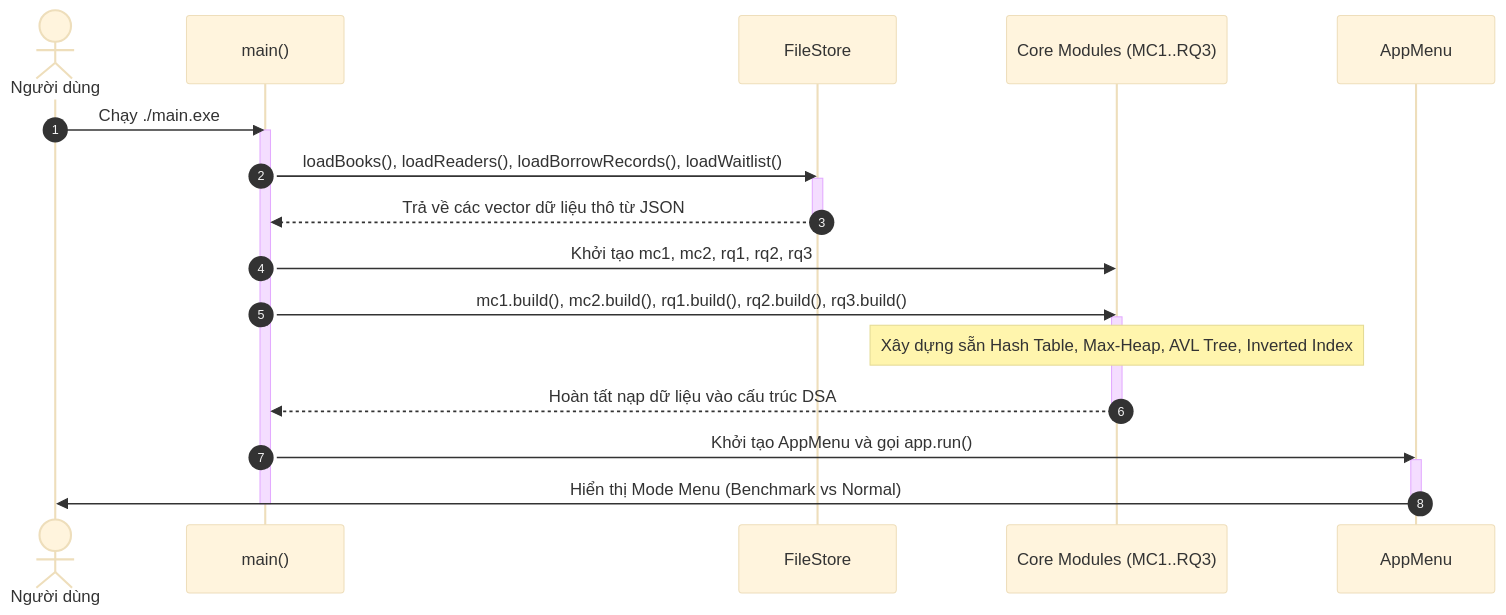
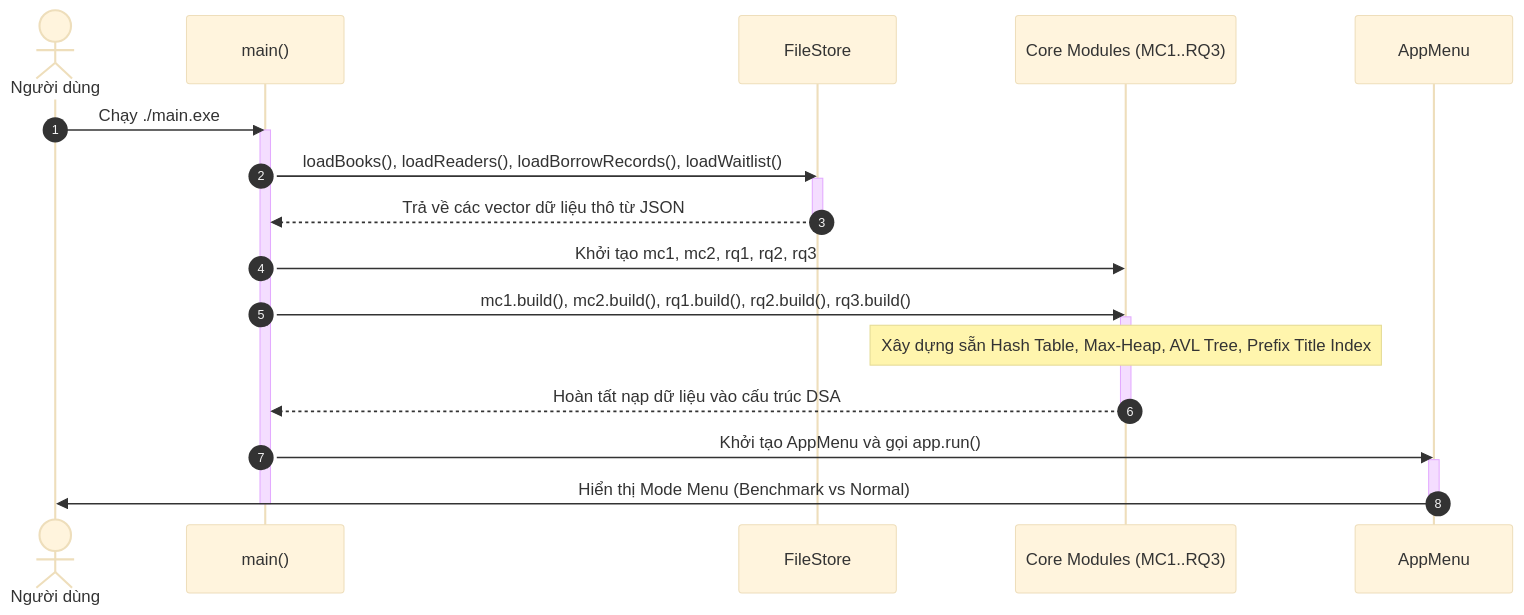
The first of 3 diagrams in README.md (lTuyetNhi/DSA_Project_final), drawn with Mermaid (base theme) before and after one commit. The commit also changed other lines of this file and 49 other files, not shown here.

````diff
--- a/README.md
+++ b/README.md
@@ -142,29 +142,29 @@
 ```mermaid
 sequenceDiagram
     autonumber
     actor User as Người dùng
     participant Main as main()
     participant FS as FileStore
     participant Core as Core Modules (MC1..RQ3)
     participant Menu as AppMenu
 
     User->>Main: Chạy ./main.exe
     activate Main
     Main->>FS: loadBooks(), loadReaders(), loadBorrowRecords(), loadWaitlist()
     activate FS
     FS-->>Main: Trả về các vector dữ liệu thô từ JSON
     deactivate FS
 
     Main->>Core: Khởi tạo mc1, mc2, rq1, rq2, rq3
     Main->>Core: mc1.build(), mc2.build(), rq1.build(), rq2.build(), rq3.build()
     activate Core
-    Note over Core: Xây dựng sẵn Hash Table, Max-Heap, AVL Tree, Inverted Index
+    Note over Core: Xây dựng sẵn Hash Table, Max-Heap, AVL Tree, Prefix Title Index
     Core-->>Main: Hoàn tất nạp dữ liệu vào cấu trúc DSA
     deactivate Core
 
     Main->>Menu: Khởi tạo AppMenu và gọi app.run()
     activate Menu
     Menu->>User: Hiển thị Mode Menu (Benchmark vs Normal)
     deactivate Menu
     deactivate Main
 ```
````
